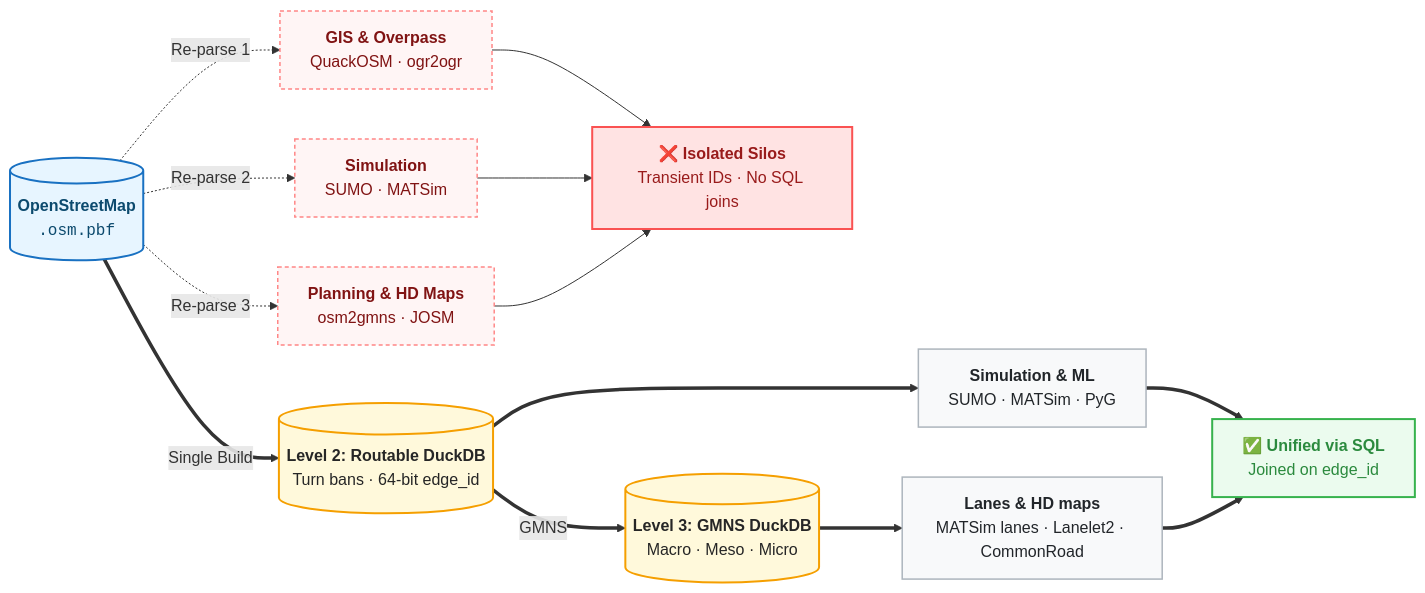
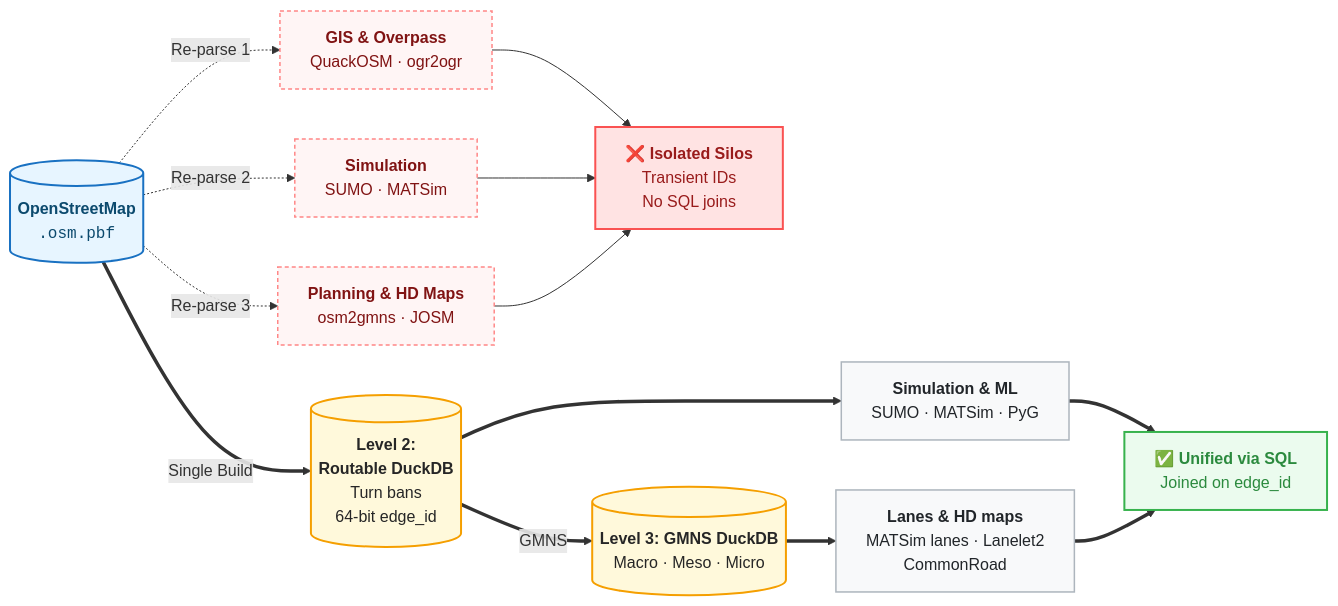
The diagram in docs/compare/index.md (Khoshkhah/duckOSM), drawn with Mermaid before and after one commit. The commit also changed 3 other files, not shown here.

First line of the commit message:
Docs: the diagram labels fit their boxes and show <area>

````diff
--- a/docs/compare/index.md
+++ b/docs/compare/index.md
@@ -5,35 +5,35 @@
 ```mermaid
 flowchart LR
     PBF[("<b>OpenStreetMap</b><br/><code>.osm.pbf</code>")]
 
     %% Fragmented Legacy Branch
     PBF -.->|Re-parse 1| L1["<b>GIS & Overpass</b><br/>QuackOSM · ogr2ogr"]
     PBF -.->|Re-parse 2| L2["<b>Simulation</b><br/>SUMO · MATSim"]
     PBF -.->|Re-parse 3| L3["<b>Planning & HD Maps</b><br/>osm2gmns · JOSM"]
 
-    L1 --> SILO["❌ <b>Isolated Silos</b><br/>Transient IDs · No SQL joins"]
+    L1 --> SILO["❌ <b>Isolated Silos</b><br/>Transient IDs<br/>No SQL joins"]
     L2 --> SILO
     L3 --> SILO
 
     %% duckOSM Unified Pipeline
-    PBF ==>|Single Build| U1[("<b>Level 2: Routable DuckDB</b><br/>Turn bans · 64-bit edge_id")]
+    PBF ==>|Single Build| U1[("<b>Level 2:<br/>Routable DuckDB</b><br/>Turn bans<br/>64-bit edge_id")]
     U1 ==>|GMNS| U2[("<b>Level 3: GMNS DuckDB</b><br/>Macro · Meso · Micro")]
     U1 ==> U3["<b>Simulation & ML</b><br/>SUMO · MATSim · PyG"]
-    U2 ==> U4["<b>Lanes & HD maps</b><br/>MATSim lanes · Lanelet2 · CommonRoad"]
+    U2 ==> U4["<b>Lanes & HD maps</b><br/>MATSim lanes · Lanelet2<br/>CommonRoad"]
     U3 ==> JOIN["✅ <b>Unified via SQL</b><br/>Joined on edge_id"]
     U4 ==> JOIN
 
     classDef pbf fill:#e7f5ff,stroke:#1971c2,stroke-width:2px,color:#0c4a6e
     classDef legacy fill:#fff5f5,stroke:#ff8787,stroke-width:1.5px,stroke-dasharray: 4 3,color:#801313
     classDef silo fill:#ffe3e3,stroke:#fa5252,stroke-width:2px,color:#991b1b
     classDef duckdb fill:#fff9db,stroke:#f59f00,stroke-width:2px,color:#262626
     classDef export fill:#f8f9fa,stroke:#adb5bd,stroke-width:1.5px,color:#212529
     classDef success fill:#ebfbee,stroke:#37b24d,stroke-width:2px,color:#2b8a3e
 
     class PBF pbf
     class L1,L2,L3 legacy
     class SILO silo
     class U1,U2 duckdb
     class U3,U4 export
     class JOIN success
 ```
````
